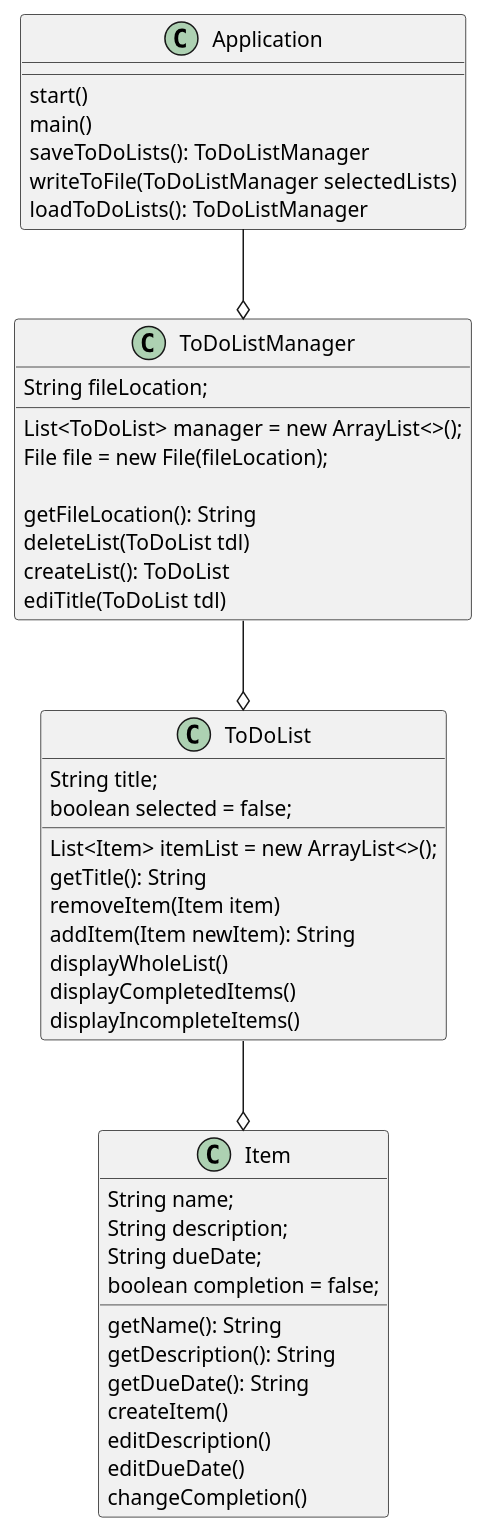
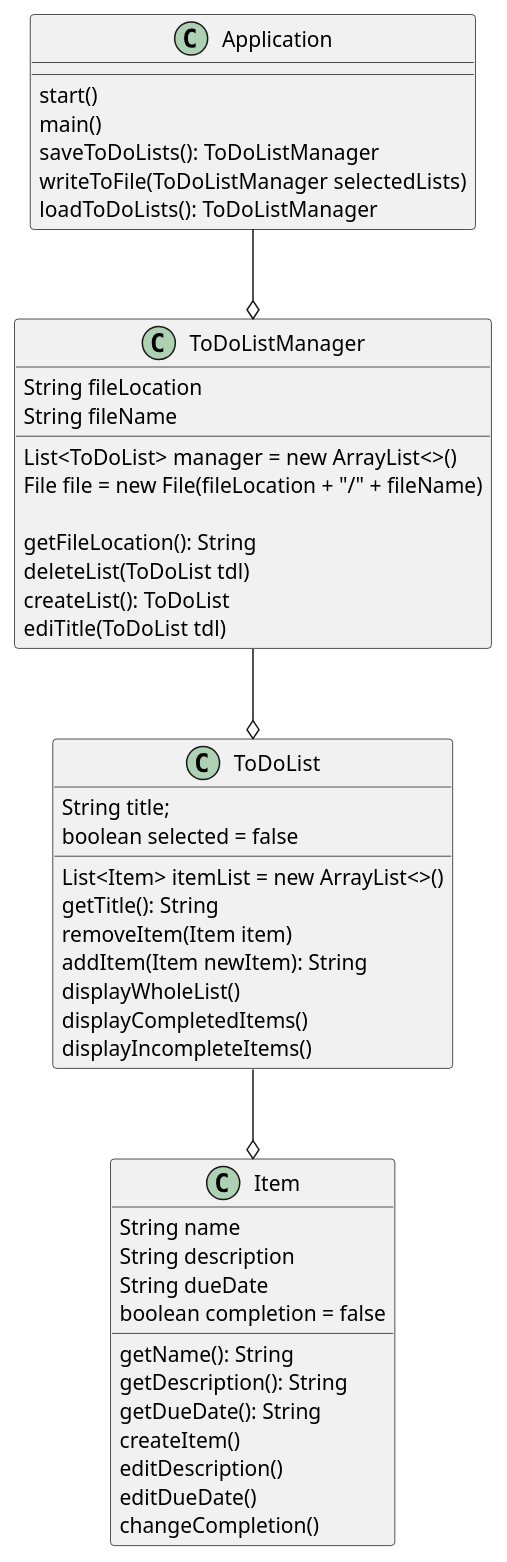
Before and after one commit to gmartin02/martin-app1-design: the diagram in martin-app1-design/docs/DeignUML.puml, drawn with PlantUML. The commit also changed 8 other files, not shown here.

```diff
--- a/martin-app1-design/docs/DeignUML.puml
+++ b/martin-app1-design/docs/DeignUML.puml
@@ -1,54 +1,55 @@
 @startuml
 class Application {
     start()
     main()
     saveToDoLists(): ToDoListManager
     writeToFile(ToDoListManager selectedLists)
     loadToDoLists(): ToDoListManager
 }
 
 class ToDoListManager {
-    List<ToDoList> manager = new ArrayList<>();
-    String fileLocation;
-    File file = new File(fileLocation);
+    List<ToDoList> manager = new ArrayList<>()
+    String fileLocation
+    String fileName
+    File file = new File(fileLocation + "/" + fileName)
 
     getFileLocation(): String
     deleteList(ToDoList tdl)
     createList(): ToDoList
     ediTitle(ToDoList tdl)
 }
 
 class ToDoList {
 String title;
-    List<Item> itemList = new ArrayList<>();
-    boolean selected = false;
+    List<Item> itemList = new ArrayList<>()
+    boolean selected = false
 
     getTitle(): String
     removeItem(Item item)
     addItem(Item newItem): String
     displayWholeList()
     displayCompletedItems()
     displayIncompleteItems()
 }
 
 class Item {
-    String name;
-    String description;
-    String dueDate;
-    boolean completion = false;
+    String name
+    String description
+    String dueDate
+    boolean completion = false
 
     getName(): String
     getDescription(): String
     getDueDate(): String
     createItem()
     editDescription()
     editDueDate()
     changeCompletion()
 
 
 }
 Application --o ToDoListManager
 ToDoListManager --o ToDoList
 ToDoList --o Item
 
 @enduml
```
